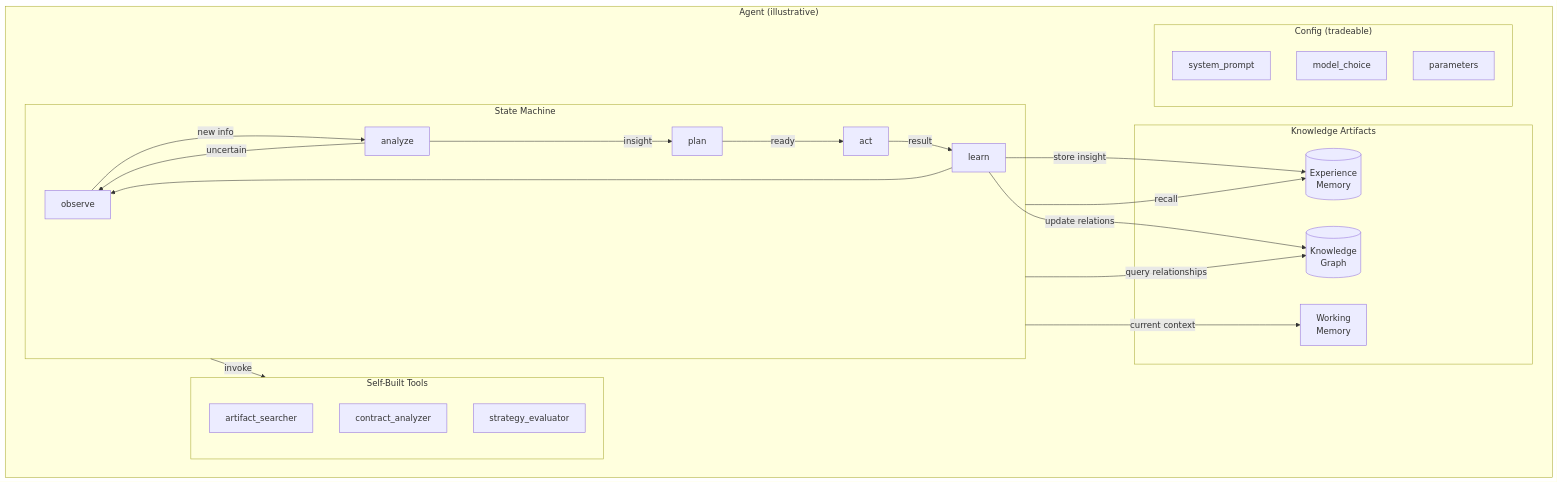
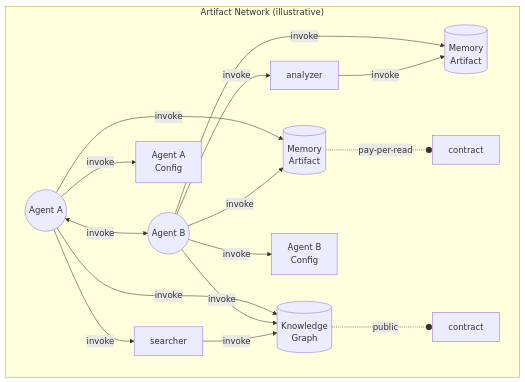
Before and after one commit to BrianMills2718/agent_ecology2: the first of 3 diagrams in README.md, drawn with Mermaid. The commit also changed other lines of this file, not shown here.

Commit message:
Fix README: agents as artifact network, minimize genesis (#517)
- Replace agent architecture diagram with artifact network showing
  agents invoking other artifacts (not containing them)
- Shows shared access: both agents invoke same memory/KG
- Shows agents invoking each other
- Shows tools invoking artifacts
- Shows contract-governed access (dotted lines)
- Minimize genesis artifacts section (just cold-start tools)

Key insight: agent "boundary" is invoke rights, not a container

````diff
--- a/README.md
+++ b/README.md
@@ -98,38 +85,45 @@
 ```mermaid
 graph TD
-    subgraph Agent["Agent (illustrative)"]
-        subgraph Workflow["State Machine"]
-            S1[observe] -->|"new info"| S2[analyze]
-            S2 -->|"insight"| S3[plan]
-            S3 -->|"ready"| S4[act]
-            S4 -->|"result"| S5[learn]
-            S5 --> S1
-            S2 -->|"uncertain"| S1
-        end
+    subgraph Artifacts["Artifact Network (illustrative)"]
+        %% Agents
+        AgentA((Agent A))
+        AgentB((Agent B))
 
-        subgraph Knowledge["Knowledge Artifacts"]
-            RAG[(Experience<br/>Memory)]
-            KG[(Knowledge<br/>Graph)]
-            Work[Working<br/>Memory]
-        end
+        %% Memory artifacts
+        Mem1[(Memory<br/>Artifact)]
+        Mem2[(Memory<br/>Artifact)]
 
-        subgraph Tools["Self-Built Tools"]
-            T1[artifact_searcher]
-            T2[contract_analyzer]
-            T3[strategy_evaluator]
-        end
+        %% Tool artifacts
+        Tool1[searcher]
+        Tool2[analyzer]
 
-        subgraph Config["Config (tradeable)"]
-            Prompt[system_prompt]
-            Model[model_choice]
-            Params[parameters]
-        end
+        %% Knowledge
+        KG[(Knowledge<br/>Graph)]
 
-        Workflow -->|"recall"| RAG
-        Workflow -->|"query relationships"| KG
-        Workflow -->|"current context"| Work
-        Workflow -->|"invoke"| Tools
-        S5 -->|"store insight"| RAG
-        S5 -->|"update relations"| KG
+        %% Config artifacts
+        ConfigA[Agent A<br/>Config]
+        ConfigB[Agent B<br/>Config]
+
+        %% Agent A's invoke relationships
+        AgentA -->|"invoke"| Mem1
+        AgentA -->|"invoke"| Tool1
+        AgentA -->|"invoke"| KG
+        AgentA -->|"invoke"| ConfigA
+        AgentA <-->|"invoke"| AgentB
+
+        %% Agent B's invoke relationships
+        AgentB -->|"invoke"| Mem1
+        AgentB -->|"invoke"| Mem2
+        AgentB -->|"invoke"| Tool2
+        AgentB -->|"invoke"| KG
+        AgentB -->|"invoke"| ConfigB
+
+        %% Tool invoke relationships
+        Tool1 -->|"invoke"| KG
+        Tool2 -->|"invoke"| Mem2
+
+        %% Access contracts (dotted)
+        Mem1 -.-o|"pay-per-read"| Contract1[contract]
+        KG -.-o|"public"| Contract2[contract]
     end
 ```
````
